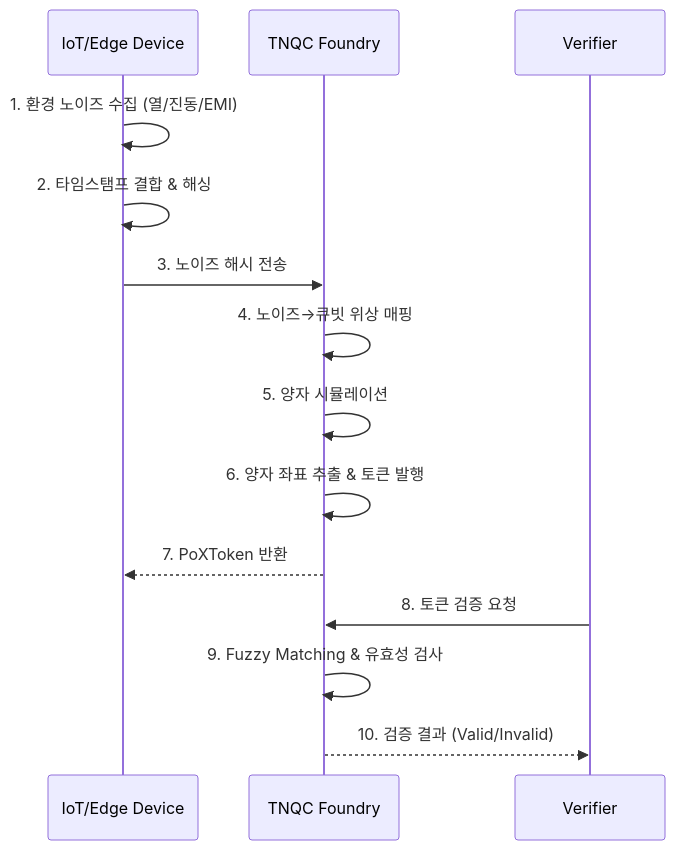
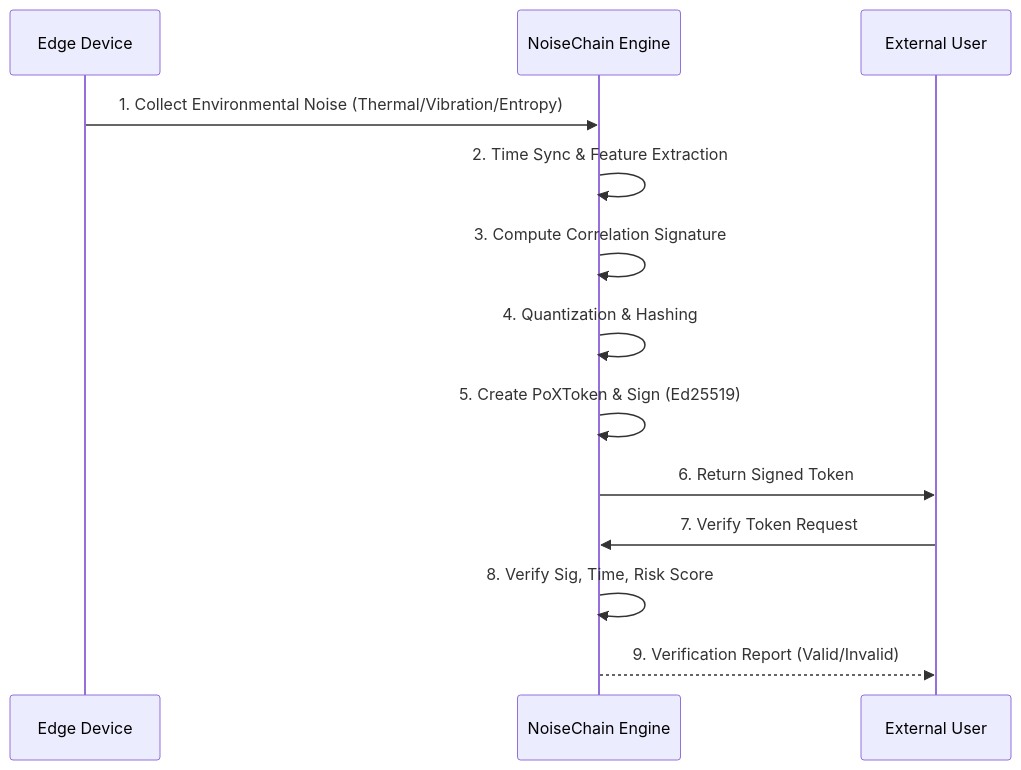
Before and after one commit to sadpig70/NoiseChain: the diagram in docs/NoiseChain_Specification.md, drawn with Mermaid. The commit also changed other lines of this file and 1 other file, not shown here.

````diff
--- a/docs/NoiseChain_Specification.md
+++ b/docs/NoiseChain_Specification.md
@@ -159,19 +156,17 @@
 ```mermaid
 sequenceDiagram
-    participant Sensor as IoT/Edge Device
-    participant Core as TNQC Foundry
-    participant User as Verifier
+    participant Sensor as Edge Device
+    participant Engine as NoiseChain Engine
+    participant Verifier as External User
 
-    Sensor->>Sensor: 1. 환경 노이즈 수집 (열/진동/EMI)
-    Sensor->>Sensor: 2. 타임스탬프 결합 & 해싱
-    Sensor->>Core: 3. 노이즈 해시 전송
-    
-    Core->>Core: 4. 노이즈→큐빗 위상 매핑
-    Core->>Core: 5. 양자 시뮬레이션
-    Core->>Core: 6. 양자 좌표 추출 & 토큰 발행
-    Core-->>Sensor: 7. PoXToken 반환
+    Sensor->>Engine: 1. Collect Environmental Noise (Thermal/Vibration/Entropy)
+    Engine->>Engine: 2. Time Sync & Feature Extraction
+    Engine->>Engine: 3. Compute Correlation Signature
+    Engine->>Engine: 4. Quantization & Hashing
+    Engine->>Engine: 5. Create PoXToken & Sign (Ed25519)
+    Engine->>Verifier: 6. Return Signed Token
 
-    User->>Core: 8. 토큰 검증 요청
-    Core->>Core: 9. Fuzzy Matching & 유효성 검사
-    Core-->>User: 10. 검증 결과 (Valid/Invalid)
+    Verifier->>Engine: 7. Verify Token Request
+    Engine->>Engine: 8. Verify Sig, Time, Risk Score
+    Engine-->>Verifier: 9. Verification Report (Valid/Invalid)
 ```
````
